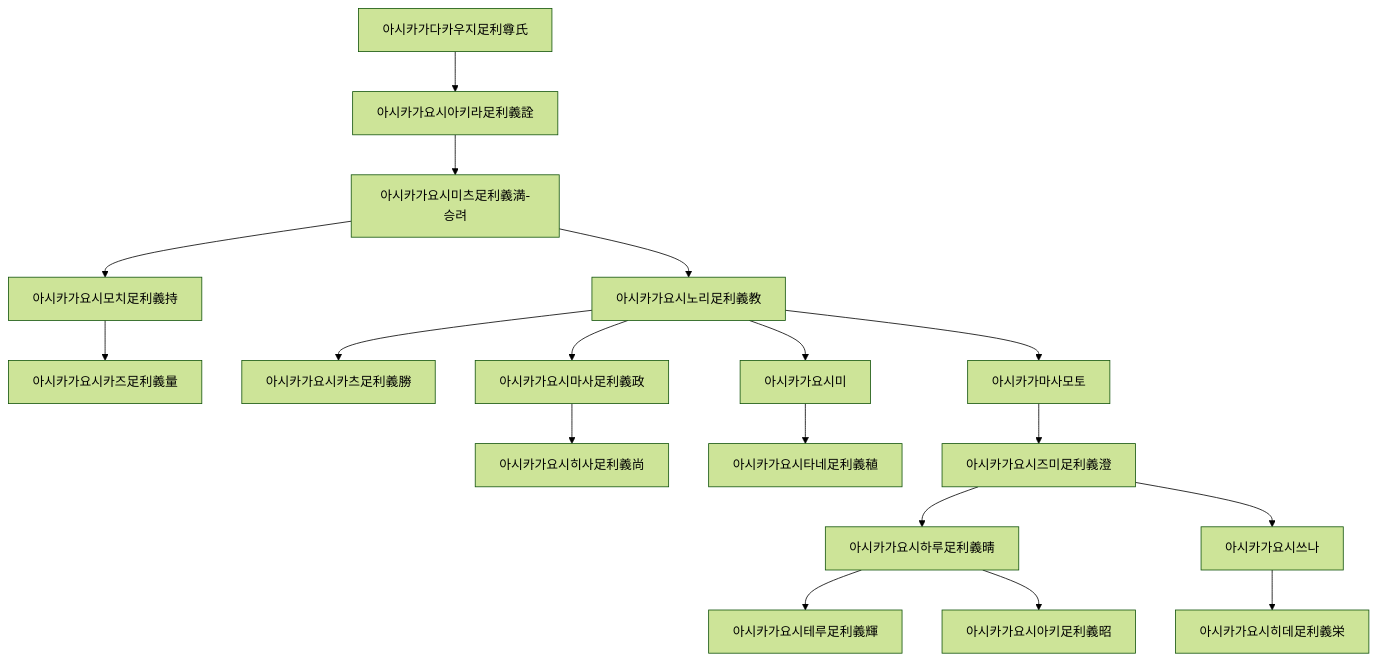
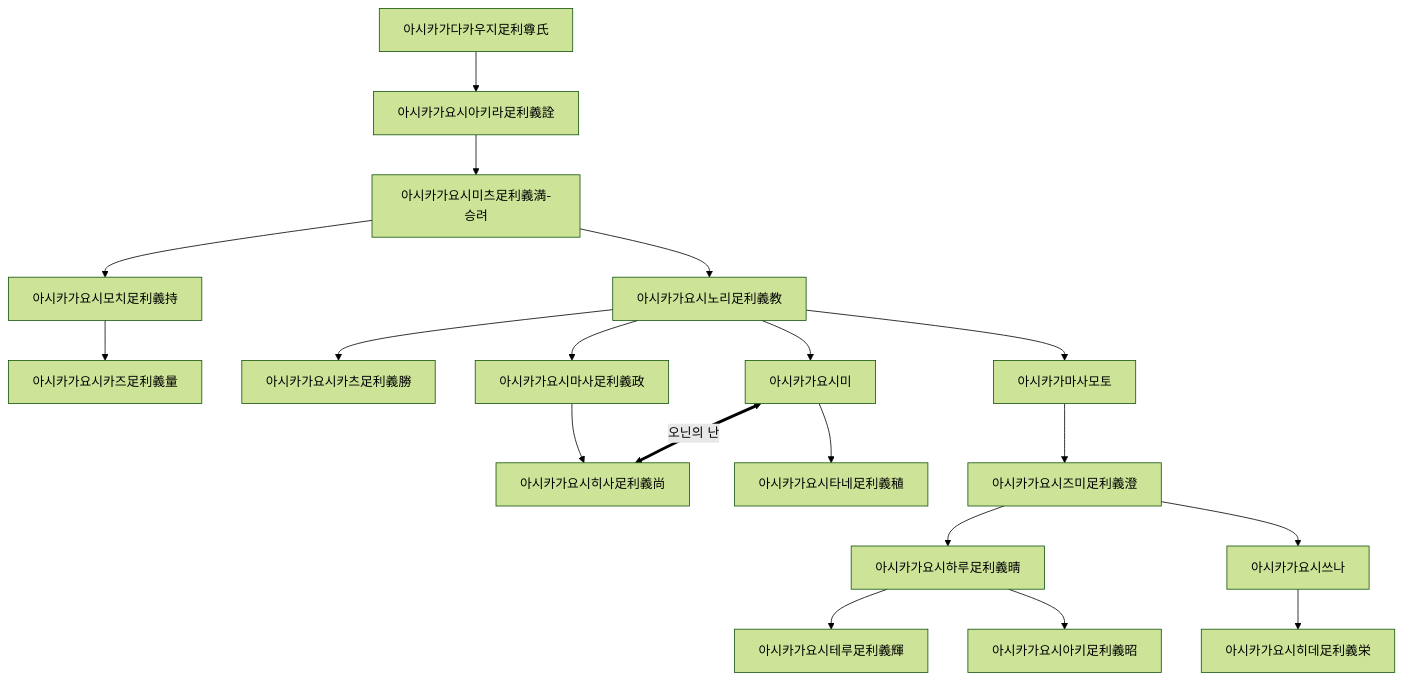
The diagram in 일본사/무로마치막부.md (daewonyoon/historigram), drawn with Mermaid (forest theme) before and after one commit.

Commit message:
무로마치막부 오닌의난

````diff
--- a/일본사/무로마치막부.md
+++ b/일본사/무로마치막부.md
@@ -2,29 +2,30 @@
 ```mermaid
 graph TB
 
   다카우지[아시카가다카우지足利尊氏]
   요시아키라[아시카가요시아키라足利義詮]
   요시미츠[아시카가요시미츠足利義満-승려]
   요시모치[아시카가요시모치足利義持]
   요시카즈[아시카가요시카즈足利義量]
   요시노리[아시카가요시노리足利義教]
   요시카츠[아시카가요시카츠足利義勝]
   요시마사[아시카가요시마사足利義政]
   요시히사[아시카가요시히사足利義尚]
   요시타네[아시카가요시타네足利義稙]
   요시즈미[아시카가요시즈미足利義澄]
   요시하루[아시카가요시하루足利義晴]
   요시테루[아시카가요시테루足利義輝]
   요시히데[아시카가요시히데足利義栄]
   요시아키[아시카가요시아키足利義昭]
 
   다카우지 --> 요시아키라 --> 요시미츠 --> 요시모치 --> 요시카즈 
   요시미츠 --> 요시노리 --> 요시카츠
   요시노리 --> 요시마사 --> 요시히사
+  아시카가요시미 <== 오닌의 난 ==> 요시히사
   요시노리 --> 아시카가마사모토 --> 요시즈미
   요시노리 --> 아시카가요시미 --> 요시타네
   요시즈미 --> 요시하루 --> 요시테루
   요시즈미 --> 아시카가요시쓰나 --> 요시히데
   요시하루 --> 요시아키
 
 ```  
````
